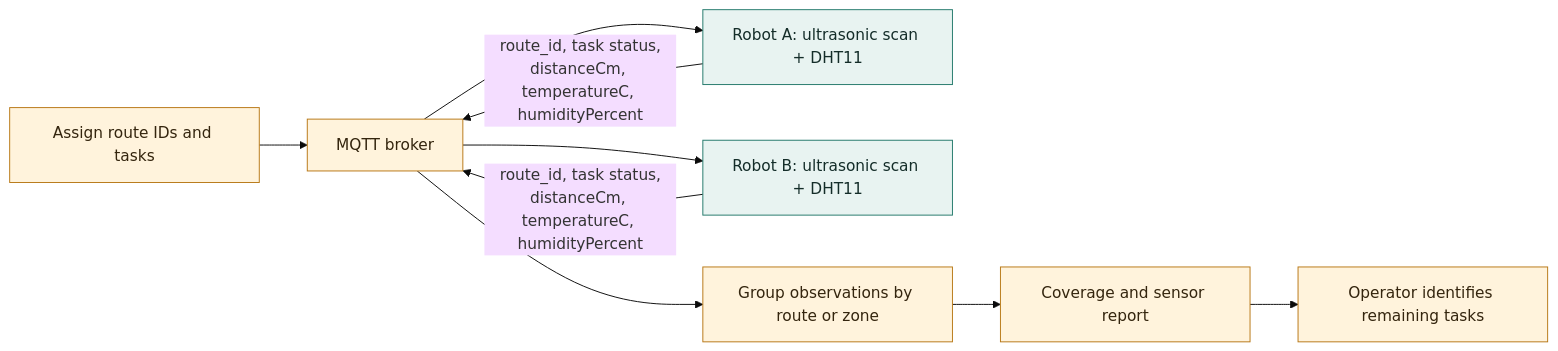
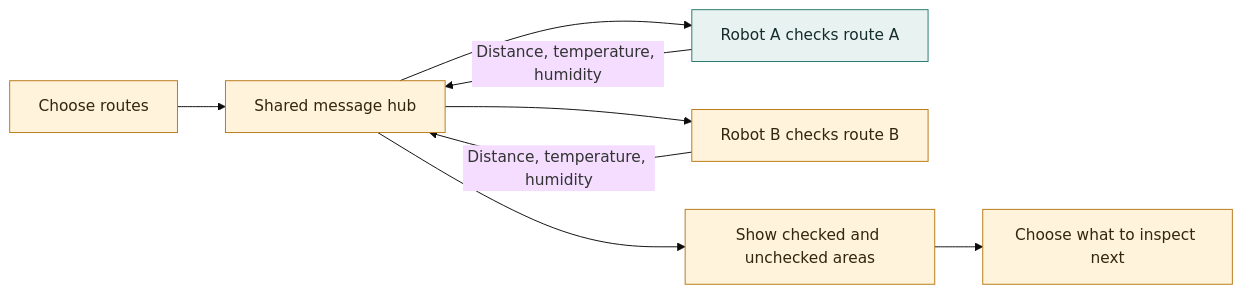
One commit to amish0/swarm_boat changed the fifth of 7 diagrams in docs/project-proposal.md. Above: the diagram before and after it, drawn with Mermaid (base theme). The commit also changed other lines of this file, not shown here.

Commit message:
added production type architecture

````diff
--- a/docs/project-proposal.md
+++ b/docs/project-proposal.md
@@ -134,17 +132,15 @@
 ```mermaid
 flowchart LR
-  Coordinator[Assign route IDs and tasks] --> Broker[MQTT broker]
-  Broker --> RobotA[Robot A: ultrasonic scan + DHT11]
-  Broker --> RobotB[Robot B: ultrasonic scan + DHT11]
-  RobotA -->|route_id, task status,<br/>distanceCm, temperatureC, humidityPercent| Broker
-  RobotB -->|route_id, task status,<br/>distanceCm, temperatureC, humidityPercent| Broker
-  Broker --> Aggregator[Group observations by route or zone]
-  Aggregator --> Survey[Coverage and sensor report]
-  Survey --> Operator[Operator identifies remaining tasks]
+  Coordinator[Choose routes] --> Hub[Shared message hub]
+  Hub --> RobotA[Robot A checks route A]
+  Hub --> RobotB[Robot B checks route B]
+  RobotA -->|Distance, temperature, humidity| Hub
+  RobotB -->|Distance, temperature, humidity| Hub
+  Hub --> Map[Show checked and unchecked areas]
+  Map --> Operator[Choose what to inspect next]
 
   classDef existing fill:#e8f3f1,stroke:#23796b,color:#142d29
   classDef planned fill:#fff3dc,stroke:#b87816,color:#34250e
-  classDef data fill:#eef1f6,stroke:#64748b,color:#202938
-  class RobotA,RobotB existing
-  class Coordinator,Broker,Aggregator,Survey,Operator planned
+  class RobotA existing
+  class RobotB,Coordinator,Hub,Map,Operator planned
 ```
````
